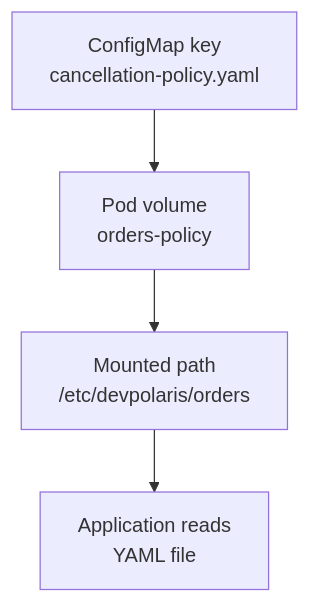
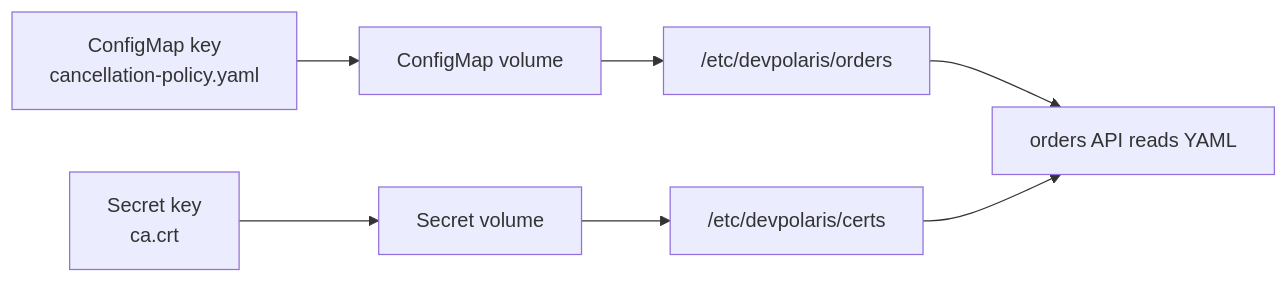
The diagram in containers-orchestration/kubernetes/configuration-storage/mounted-config-files.md (senlinyy/dev-roadmaps), drawn with Mermaid before and after one commit. The commit also changed other lines of this file and 119 other files, not shown here.

````diff
--- a/containers-orchestration/kubernetes/configuration-storage/mounted-config-files.md
+++ b/containers-orchestration/kubernetes/configuration-storage/mounted-config-files.md
@@ -31,6 +33,9 @@
 ```mermaid
-flowchart TD
-    A["ConfigMap key<br/>cancellation-policy.yaml"] --> B["Pod volume<br/>orders-policy"]
-    B --> C["Mounted path<br/>/etc/devpolaris/orders"]
-    C --> D["Application reads<br/>YAML file"]
+flowchart LR
+    CM["ConfigMap key<br/>cancellation-policy.yaml"] --> V["ConfigMap volume"]
+    S["Secret key<br/>ca.crt"] --> SV["Secret volume"]
+    V --> P["/etc/devpolaris/orders"]
+    SV --> C["/etc/devpolaris/certs"]
+    P --> A["orders API reads YAML"]
+    C --> A
 ```
````
